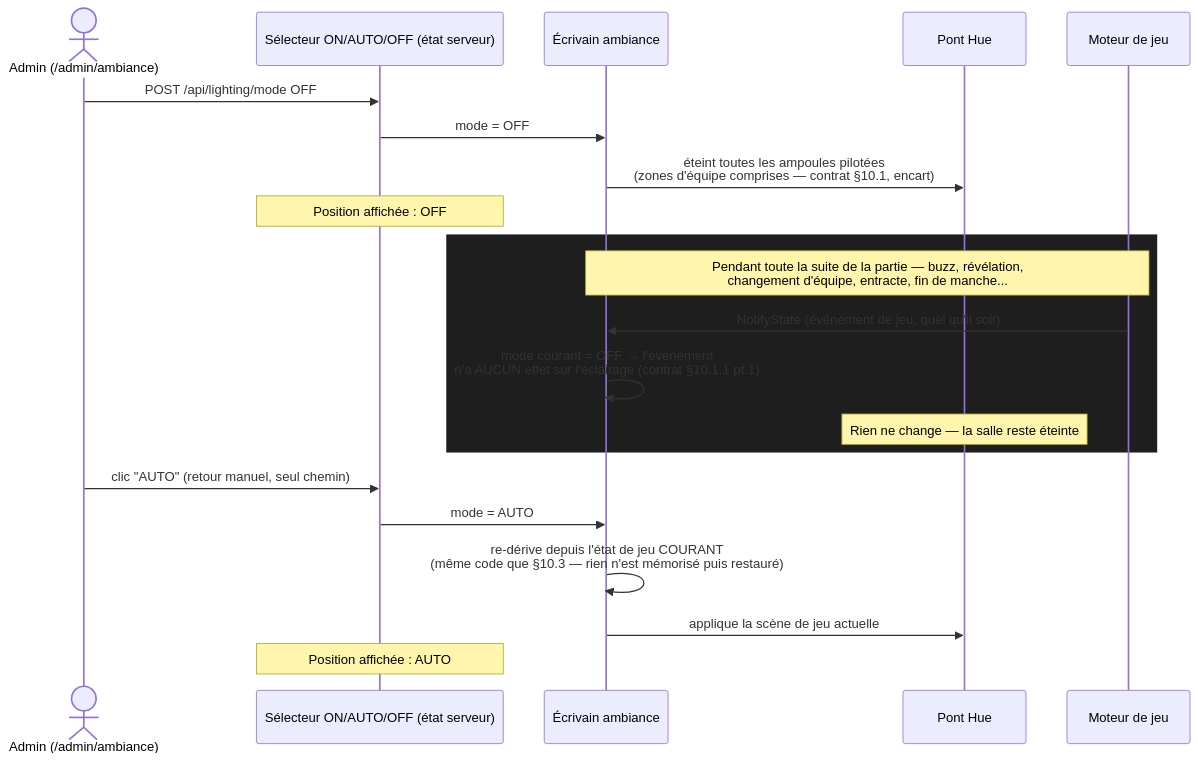
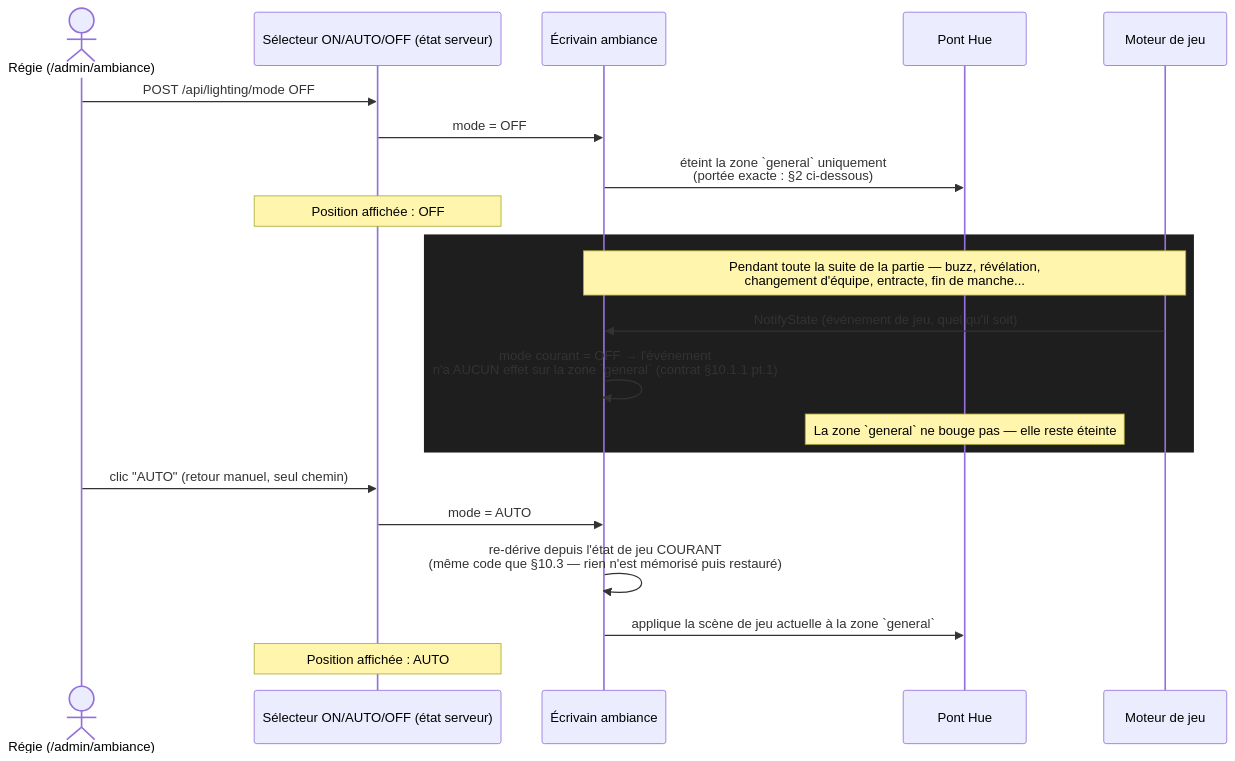
Before and after one commit to CCoupel/BuzzMaster: the first of 4 diagrams in docs/mockups/lighting-priority-208.md, drawn with Mermaid. The commit also changed other lines of this file, not shown here.

First line of the commit message:
docs(mockups): Scope priority diagrams to general zone, live regie tool (#208)

````diff
--- a/docs/mockups/lighting-priority-208.md
+++ b/docs/mockups/lighting-priority-208.md
@@ -23,26 +32,26 @@
 ```mermaid
 sequenceDiagram
-    actor Admin as Admin (/admin/ambiance)
+    actor Regie as Régie (/admin/ambiance)
     participant Sel as Sélecteur ON/AUTO/OFF (état serveur)
     participant Writer as Écrivain ambiance
     participant Hue as Pont Hue
     participant Game as Moteur de jeu
 
-    Admin->>Sel: POST /api/lighting/mode OFF
+    Regie->>Sel: POST /api/lighting/mode OFF
     Sel->>Writer: mode = OFF
-    Writer->>Hue: éteint toutes les ampoules pilotées<br/>(zones d'équipe comprises — contrat §10.1, encart)
+    Writer->>Hue: éteint la zone `general` uniquement<br/>(portée exacte : §2 ci-dessous)
     Note over Sel: Position affichée : OFF
 
     rect rgb(30, 30, 30)
     Note over Game,Writer: Pendant toute la suite de la partie — buzz, révélation,<br/>changement d'équipe, entracte, fin de manche...
     Game->>Writer: NotifyState (événement de jeu, quel qu'il soit)
-    Writer->>Writer: mode courant = OFF → l'événement<br/>n'a AUCUN effet sur l'éclairage (contrat §10.1.1 pt.1)
-    Note over Hue: Rien ne change — la salle reste éteinte
+    Writer->>Writer: mode courant = OFF → l'événement<br/>n'a AUCUN effet sur la zone `general` (contrat §10.1.1 pt.1)
+    Note over Hue: La zone `general` ne bouge pas — elle reste éteinte
     end
 
-    Admin->>Sel: clic "AUTO" (retour manuel, seul chemin)
+    Regie->>Sel: clic "AUTO" (retour manuel, seul chemin)
     Sel->>Writer: mode = AUTO
     Writer->>Writer: re-dérive depuis l'état de jeu COURANT<br/>(même code que §10.3 — rien n'est mémorisé puis restauré)
-    Writer->>Hue: applique la scène de jeu actuelle
+    Writer->>Hue: applique la scène de jeu actuelle à la zone `general`
     Note over Sel: Position affichée : AUTO
 ```
````
